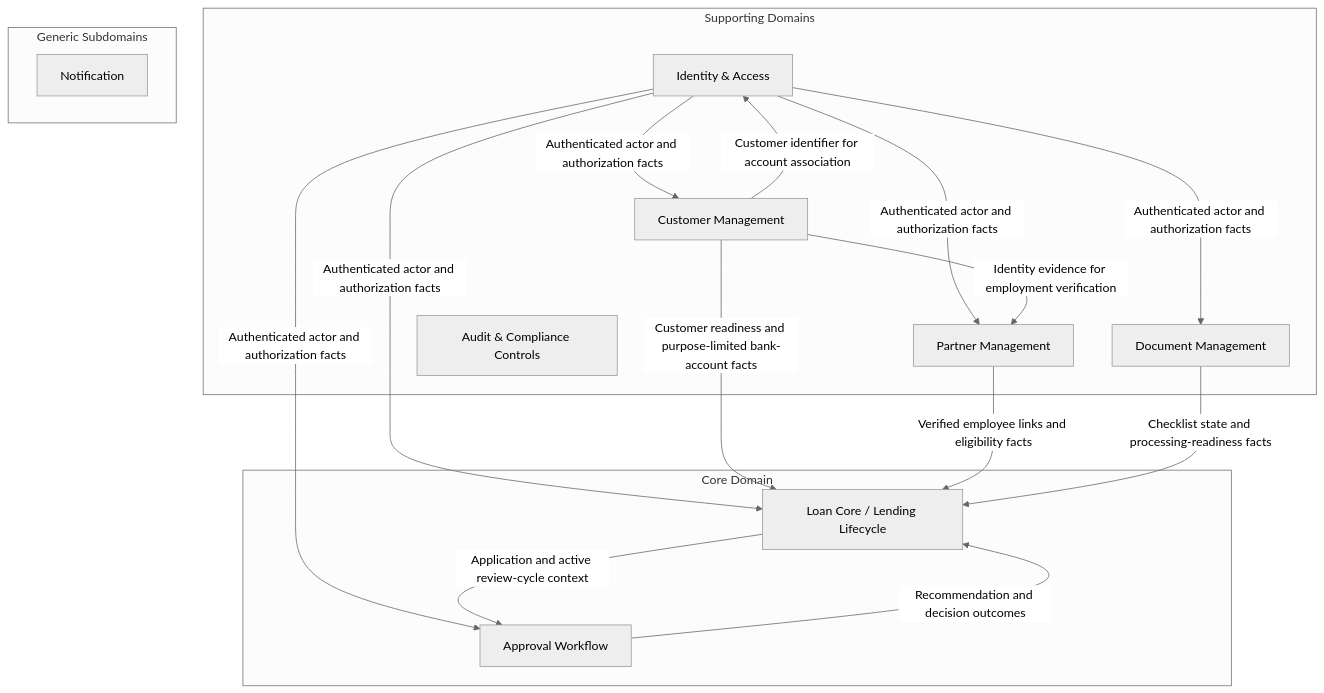
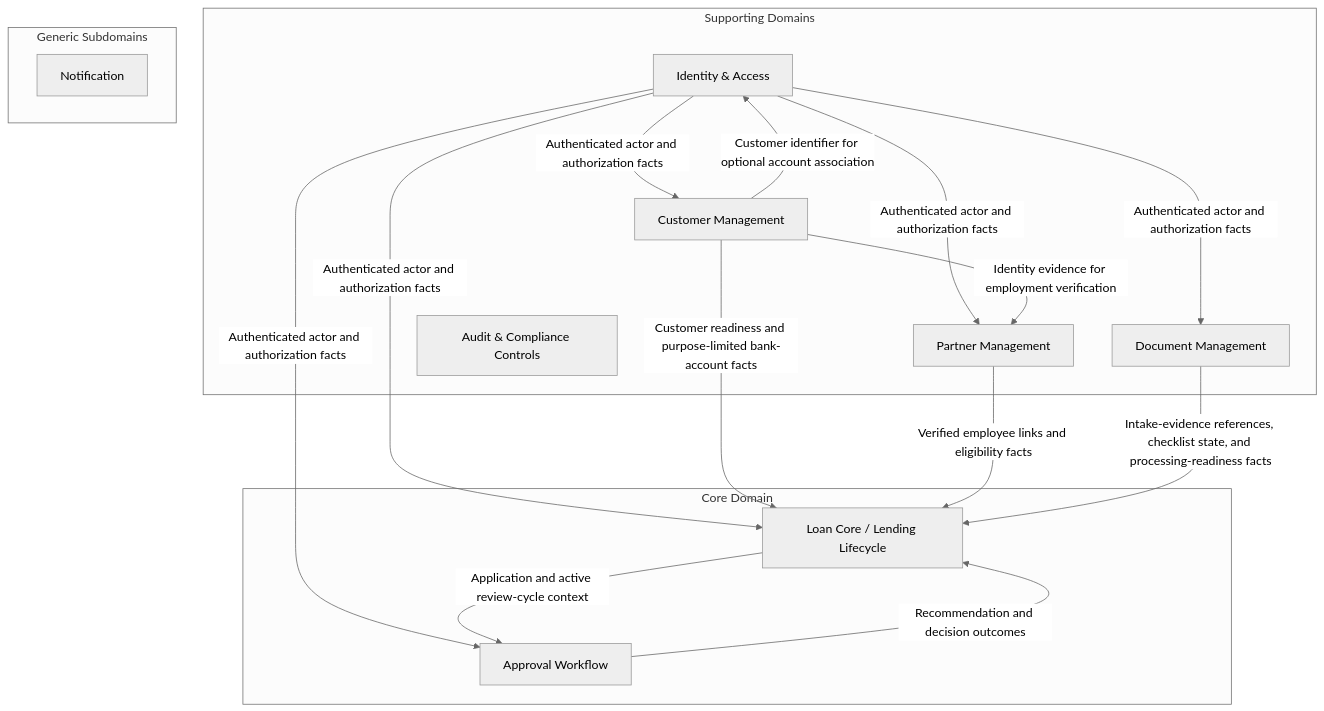
The diagram in docs/architecture/MER-ARCH-001-bounded-contexts.md (dongduy-dev/meridian-finance), drawn with Mermaid (neutral theme) before and after one commit. The commit also changed other lines of this file and 1 other file, not shown here.

First line of the commit message:
docs(architecture): define Staff-assisted origination boundaries (#105)

````diff
--- a/docs/architecture/MER-ARCH-001-bounded-contexts.md
+++ b/docs/architecture/MER-ARCH-001-bounded-contexts.md
@@ -17,35 +17,35 @@
 ```mermaid
 graph TB
     subgraph Core["Core Domain"]
         LOAN["Loan Core / Lending Lifecycle"]
         APPROVAL["Approval Workflow"]
     end
 
     subgraph Supporting["Supporting Domains"]
         IAM["Identity & Access"]
         CUSTOMER["Customer Management"]
         PARTNER["Partner Management"]
         DOC["Document Management"]
         AUDIT["Audit & Compliance Controls"]
     end
 
     subgraph Generic["Generic Subdomains"]
         NOTIF["Notification"]
     end
 
-    CUSTOMER -->|Customer identifier for account association| IAM
+    CUSTOMER -->|Customer identifier for optional account association| IAM
 
     IAM -->|Authenticated actor and authorization facts| LOAN
     IAM -->|Authenticated actor and authorization facts| APPROVAL
     IAM -->|Authenticated actor and authorization facts| CUSTOMER
     IAM -->|Authenticated actor and authorization facts| PARTNER
     IAM -->|Authenticated actor and authorization facts| DOC
 
     CUSTOMER -->|Customer readiness and purpose-limited bank-account facts| LOAN
     CUSTOMER -->|Identity evidence for employment verification| PARTNER
     PARTNER -->|Verified employee links and eligibility facts| LOAN
-    DOC -->|Checklist state and processing-readiness facts| LOAN
+    DOC -->|Intake-evidence references, checklist state, and processing-readiness facts| LOAN
 
     LOAN -->|Application and active review-cycle context| APPROVAL
     APPROVAL -->|Recommendation and decision outcomes| LOAN
 ```
````
